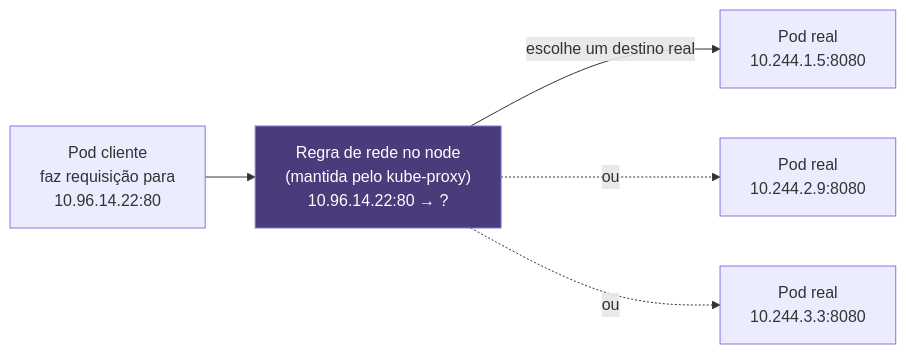
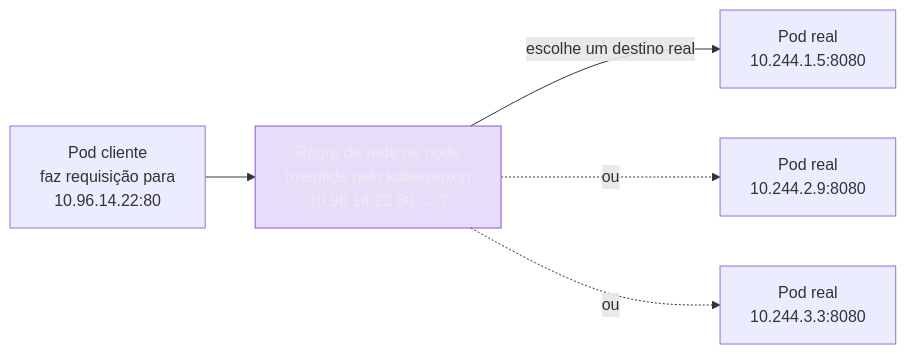
One commit to josenaldo/codex-technomanticus changed the first of 2 diagrams in 03-Dominios/Tecnologia/Infraestrutura/Kubernetes/05 - Service.md. Above: the diagram before and after it, drawn with Mermaid. The commit also changed other lines of this file and 1181 other files, not shown here.

First line of the commit message:
fix(diagramas): paleta do sistema no lugar de cor cravada no markdown

````diff
--- a/03-Dominios/Tecnologia/Infraestrutura/Kubernetes/05 - Service.md
+++ b/03-Dominios/Tecnologia/Infraestrutura/Kubernetes/05 - Service.md
@@ -29,9 +29,10 @@
 ```mermaid
 graph LR
+    classDef marca fill:#8855DF33,stroke:#8855DF,color:#E9ECF2
     Cliente["Pod cliente<br/>faz requisição para<br/>10.96.14.22:80"] --> Regra["Regra de rede no node<br/>(mantida pelo kube-proxy)<br/>10.96.14.22:80 → ?"]
     Regra -->|"escolhe um destino real"| Pod1["Pod real<br/>10.244.1.5:8080"]
     Regra -.->|"ou"| Pod2["Pod real<br/>10.244.2.9:8080"]
     Regra -.->|"ou"| Pod3["Pod real<br/>10.244.3.3:8080"]
 
-    style Regra fill:#4a3b7a,stroke:#8e6fd6,color:#fff
+    class Regra marca
 ```
````
